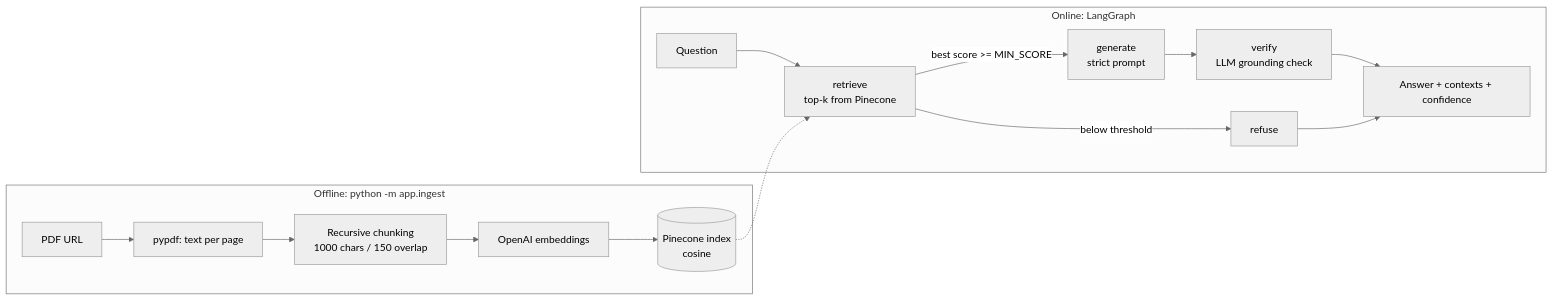
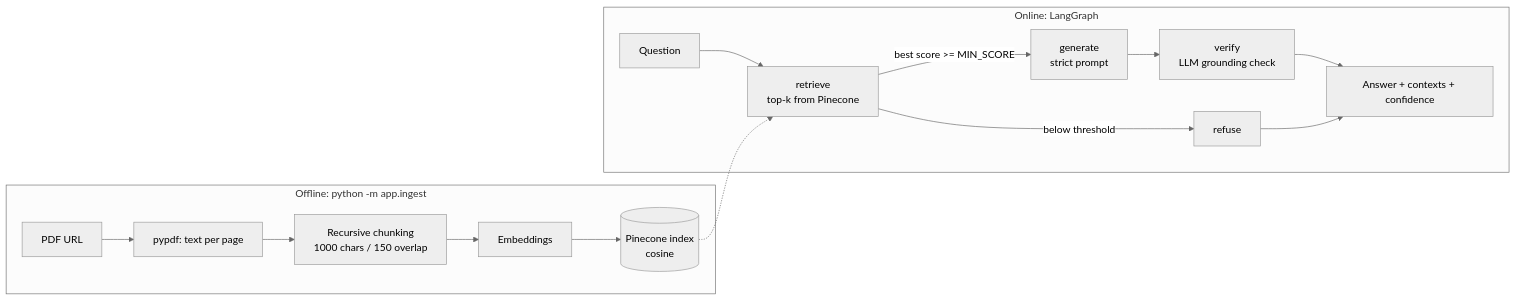
The diagram in README.md (Milan-George7/agentic-ai-rag-chatbot), drawn with Mermaid (neutral theme) before and after one commit. The commit also changed other lines of this file, not shown here.

````diff
--- a/README.md
+++ b/README.md
@@ -12,15 +19,15 @@
 ```mermaid
 flowchart LR
     subgraph Ingestion [Offline: python -m app.ingest]
-        A[PDF URL] --> B[pypdf: text per page] --> C[Recursive chunking<br/>1000 chars / 150 overlap] --> D[OpenAI embeddings] --> E[(Pinecone index<br/>cosine)]
+        A[PDF URL] --> B[pypdf: text per page] --> C[Recursive chunking<br/>1000 chars / 150 overlap] --> D[Embeddings] --> E[(Pinecone index<br/>cosine)]
     end
     subgraph Query [Online: LangGraph]
         Q[Question] --> R[retrieve<br/>top-k from Pinecone]
         R -->|best score >= MIN_SCORE| G[generate<br/>strict prompt]
         R -->|below threshold| X[refuse]
         G --> V[verify<br/>LLM grounding check]
         V --> O[Answer + contexts + confidence]
         X --> O
     end
     E -.-> R
 ```
````
